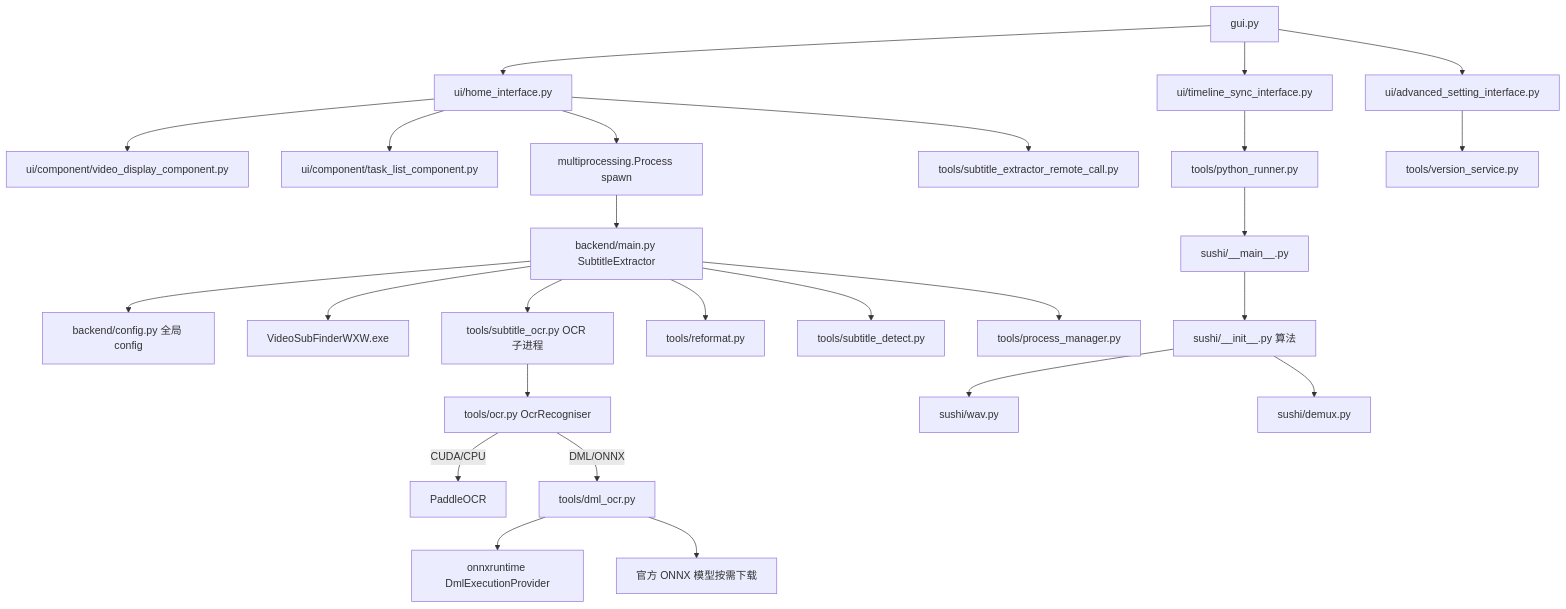
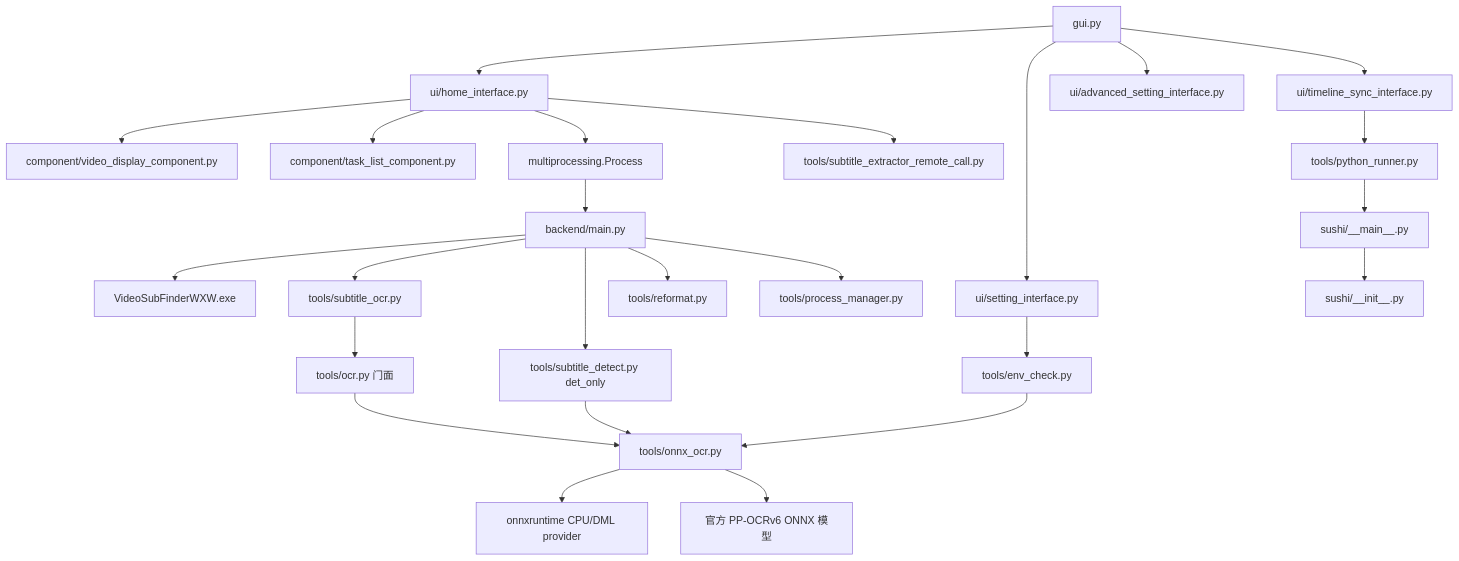
The second of 2 diagrams in CODEBASE_GUIDE.md (Catfish-Y/video-subtitle-extractor-DirectML), drawn with Mermaid before and after one commit. The commit also changed other lines of this file, not shown here.

````diff
--- a/CODEBASE_GUIDE.md
+++ b/CODEBASE_GUIDE.md
@@ -83,28 +83,27 @@
 ```mermaid
 flowchart TD
     GUI[gui.py] --> HOME[ui/home_interface.py]
+    GUI --> SET[ui/setting_interface.py]
     GUI --> ADV[ui/advanced_setting_interface.py]
     GUI --> SYNC[ui/timeline_sync_interface.py]
-    HOME --> VID[ui/component/video_display_component.py]
-    HOME --> TASK[ui/component/task_list_component.py]
-    HOME --> PROC[multiprocessing.Process spawn]
-    PROC --> MAIN[backend/main.py SubtitleExtractor]
-    MAIN --> CFG[backend/config.py 全局 config]
+    SET --> ENV[tools/env_check.py]
+    ENV --> ONNX[tools/onnx_ocr.py]
+    HOME --> VID[component/video_display_component.py]
+    HOME --> TASK[component/task_list_component.py]
+    HOME --> PROC[multiprocessing.Process]
+    PROC --> MAIN[backend/main.py]
     MAIN --> VSF[VideoSubFinderWXW.exe]
-    MAIN --> OCRP[tools/subtitle_ocr.py OCR 子进程]
-    OCRP --> OCR[tools/ocr.py OcrRecogniser]
-    OCR -->|CUDA/CPU| PADDLE[PaddleOCR]
-    OCR -->|DML/ONNX| DML[tools/dml_ocr.py]
-    DML --> ORT[onnxruntime DmlExecutionProvider]
-    DML --> DL[官方 ONNX 模型按需下载]
+    MAIN --> OCRP[tools/subtitle_ocr.py]
+    OCRP --> OCR[tools/ocr.py 门面]
+    OCR --> ONNX
+    ONNX --> ORT[onnxruntime CPU/DML provider]
+    ONNX --> DL[官方 PP-OCRv6 ONNX 模型]
+    MAIN --> DET[tools/subtitle_detect.py det_only]
+    DET --> ONNX
     MAIN --> REFORM[tools/reformat.py]
-    MAIN --> DET[tools/subtitle_detect.py]
     MAIN --> PM[tools/process_manager.py]
     HOME --> RC[tools/subtitle_extractor_remote_call.py]
     SYNC --> RUNNER[tools/python_runner.py]
     RUNNER --> SUSHI[sushi/__main__.py]
-    SUSHI --> SUSHIINIT[sushi/__init__.py 算法]
-    SUSHIINIT --> WAV[sushi/wav.py]
-    SUSHIINIT --> DEMUX[sushi/demux.py]
-    ADV --> VER[tools/version_service.py]
+    SUSHI --> SUSHIINIT[sushi/__init__.py]
 ```
````
